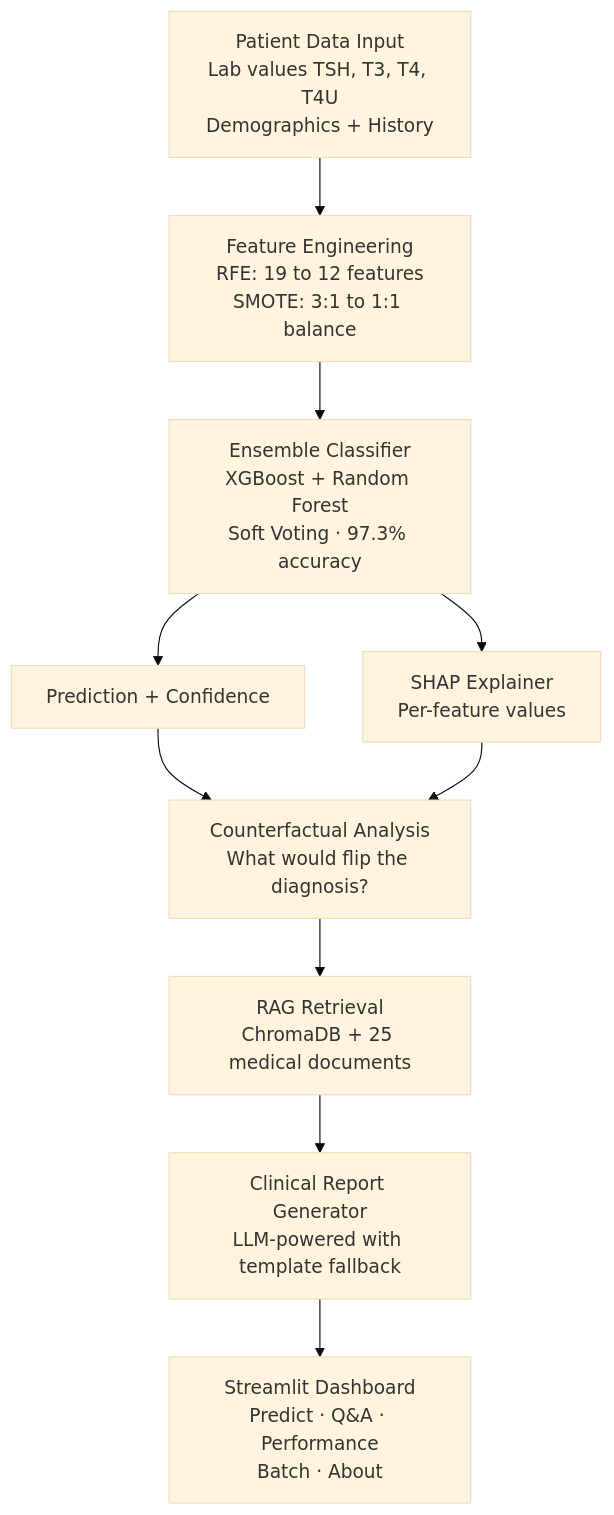
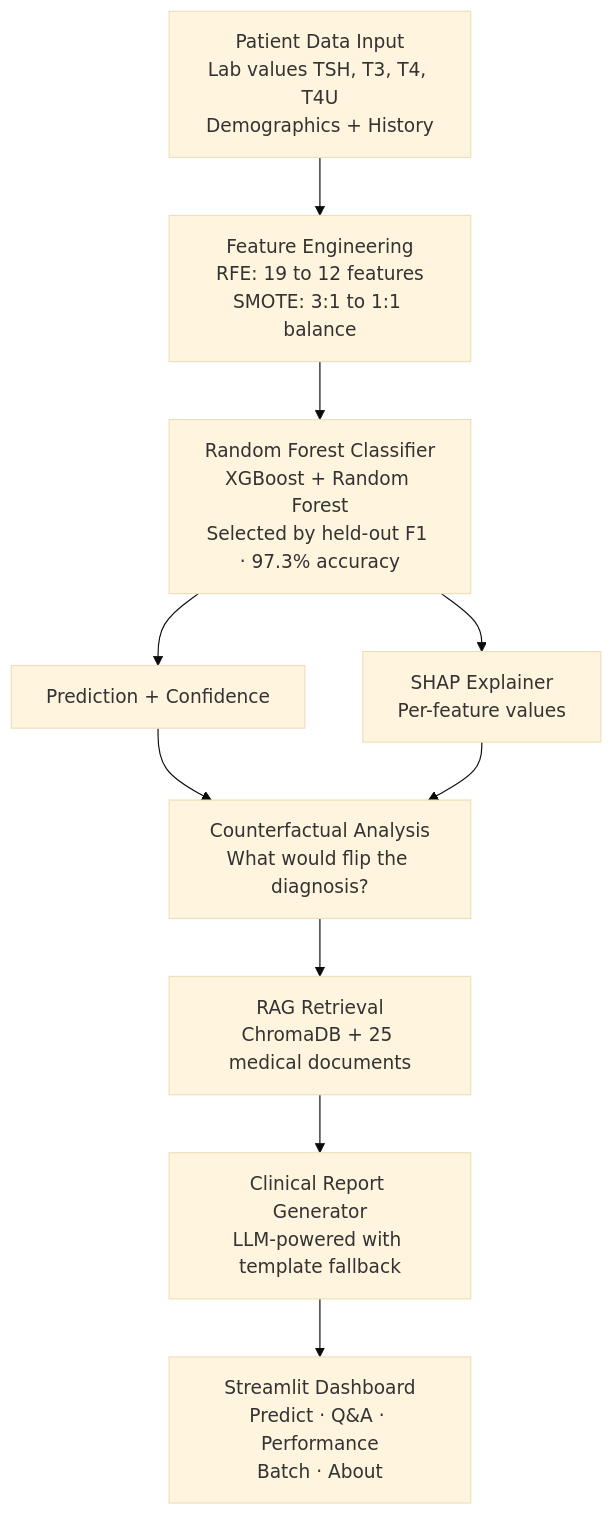
Before and after one commit to prasad0411/Thyroid-Disease-Classification: the diagram in README.md, drawn with Mermaid (base theme). The commit also changed other lines of this file, not shown here.

Commit message:
docs: finish README sync with Random Forest results

````diff
--- a/README.md
+++ b/README.md
@@ -14,24 +14,24 @@
 ```mermaid
 flowchart TD
     A["Patient Data Input
 Lab values TSH, T3, T4, T4U
 Demographics + History"] --> B["Feature Engineering
 RFE: 19 to 12 features
 SMOTE: 3:1 to 1:1 balance"]
-    B --> C["Ensemble Classifier
+    B --> C["Random Forest Classifier
 XGBoost + Random Forest
-Soft Voting · 97.3% accuracy"]
+Selected by held-out F1 · 97.3% accuracy"]
     C --> D["Prediction + Confidence"]
     C --> E["SHAP Explainer
 Per-feature values"]
     D --> F["Counterfactual Analysis
 What would flip the diagnosis?"]
     E --> F
     F --> G["RAG Retrieval
 ChromaDB + 25 medical documents"]
     G --> H["Clinical Report Generator
 LLM-powered with template fallback"]
     H --> I["Streamlit Dashboard
 Predict · Q&A · Performance
 Batch · About"]
 ```
````
